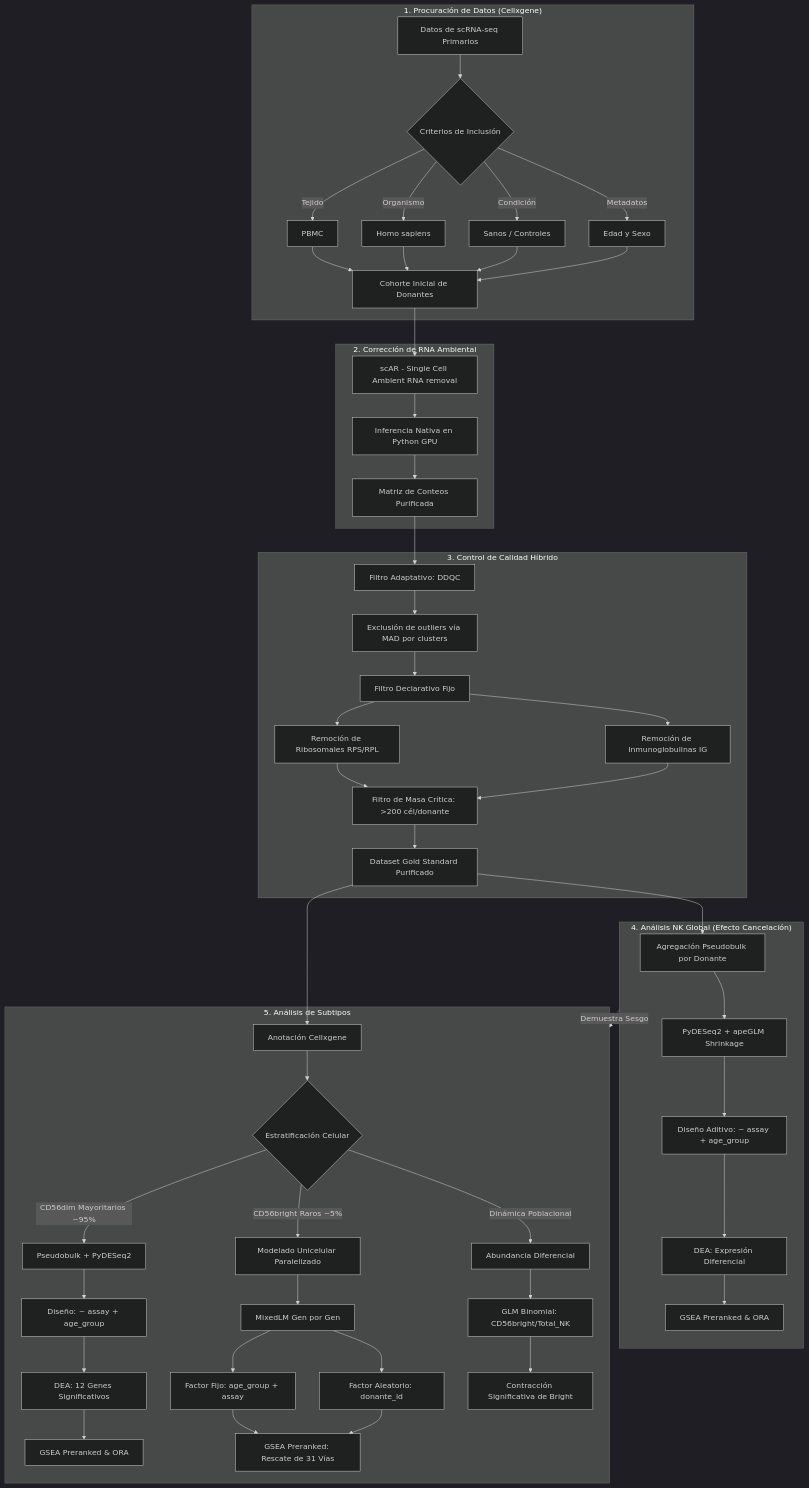
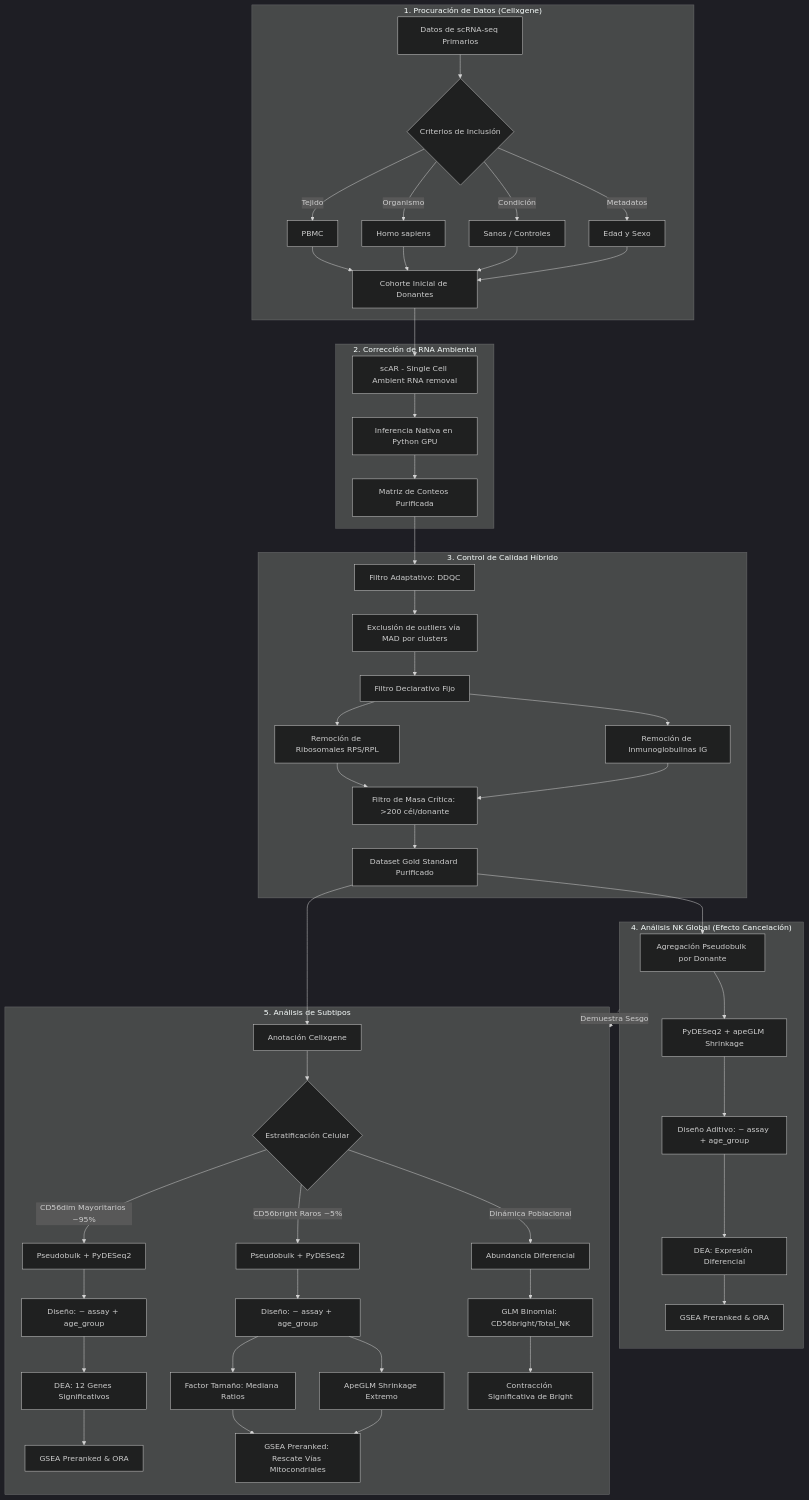
The diagram in results/subtypes_abundance_integration_report.md (Alfred3005/NK_main_branch), drawn with Mermaid (dark theme) before and after one commit. The commit also changed other lines of this file and 3 other files, not shown here.

````diff
--- a/results/subtypes_abundance_integration_report.md
+++ b/results/subtypes_abundance_integration_report.md
@@ -30,62 +41,62 @@
 ```mermaid
 flowchart TD
     %% Obtención de Datos
     subgraph Data_Procurement ["1. Procuración de Datos (Cellxgene)"]
         A[Datos de scRNA-seq Primarios] --> B{Criterios de Inclusión}
         B -->|Tejido| C1[PBMC]
         B -->|Organismo| C2[Homo sapiens]
         B -->|Condición| C3[Sanos / Controles]
         B -->|Metadatos| C4[Edad y Sexo]
         C1 & C2 & C3 & C4 --> D[Cohorte Inicial de Donantes]
     end
 
     %% Corrección Ambiental
     subgraph Ambient_RNA ["2. Corrección de RNA Ambiental"]
         D --> E[scAR - Single Cell Ambient RNA removal]
         E --> F[Inferencia Nativa en Python GPU]
         F --> G[Matriz de Conteos Purificada]
     end
 
     %% Control de Calidad
     subgraph QC ["3. Control de Calidad Híbrido"]
         G --> H[Filtro Adaptativo: DDQC]
         H --> I[Exclusión de outliers vía MAD por clusters]
         I --> J[Filtro Declarativo Fijo]
         J --> K[Remoción de Ribosomales RPS/RPL]
         J --> L[Remoción de Inmunoglobulinas IG]
         K & L --> M[Filtro de Masa Crítica: >200 cél/donante]
         M --> N[Dataset Gold Standard Purificado]
     end
 
     %% Análisis General NK
     subgraph Global_Analysis ["4. Análisis NK Global (Efecto Cancelación)"]
         N --> O[Agregación Pseudobulk por Donante]
         O --> P[PyDESeq2 + apeGLM Shrinkage]
         P --> Q[Diseño Aditivo: ~ assay + age_group]
         Q --> R[DEA: Expresión Diferencial]
         R --> S[GSEA Preranked & ORA]
     end
 
     %% Análisis de Subtipos
     subgraph Subtype_Analysis ["5. Análisis de Subtipos"]
         N --> U[Anotación Cellxgene]
         U --> V{Estratificación Celular}
         
         V -->|CD56dim Mayoritarios ~95%| W[Pseudobulk + PyDESeq2]
         W --> X[Diseño: ~ assay + age_group]
         X --> Y[DEA: 12 Genes Significativos]
         Y --> Z[GSEA Preranked & ORA]
         
-        V -->|CD56bright Raros ~5%| AA[Modelado Unicelular Paralelizado]
-        AA --> AB[MixedLM Gen por Gen]
-        AB --> AC[Factor Fijo: age_group + assay]
-        AB --> AD[Factor Aleatorio: donante_id]
-        AC & AD --> AE[GSEA Preranked: Rescate de 31 Vías]
+        V -->|CD56bright Raros ~5%| AA[Pseudobulk + PyDESeq2]
+        AA --> AB[Diseño: ~ assay + age_group]
+        AB --> AC[Factor Tamaño: Mediana Ratios]
+        AB --> AD[ApeGLM Shrinkage Extremo]
+        AC & AD --> AE[GSEA Preranked: Rescate Vías Mitocondriales]
         
         V -->|Dinámica Poblacional| AF[Abundancia Diferencial]
         AF --> AG[GLM Binomial: CD56bright/Total_NK]
         AG --> AH[Contracción Significativa de Bright]
     end
     
     Global_Analysis -.->|Demuestra Sesgo| Subtype_Analysis
 ```
````
